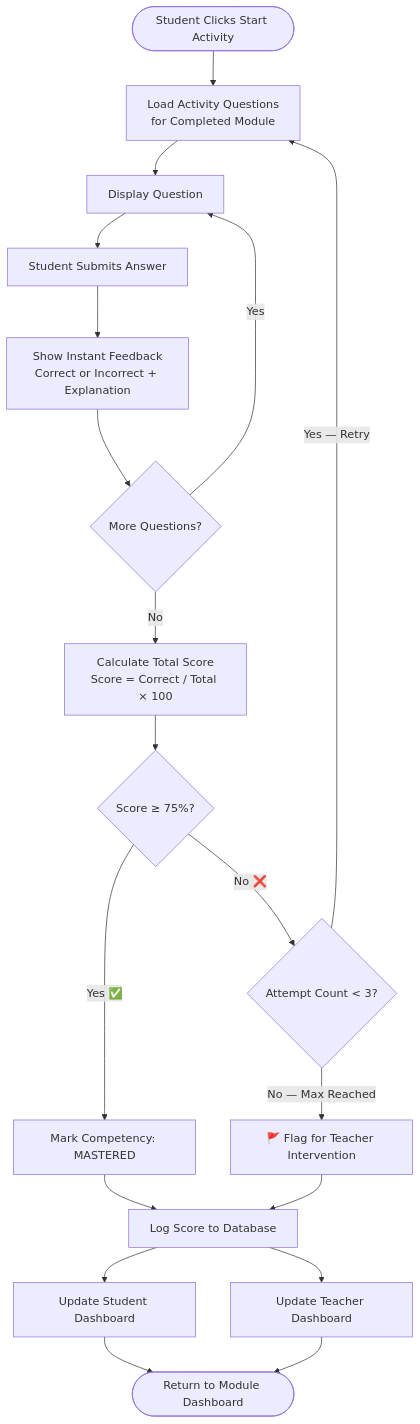
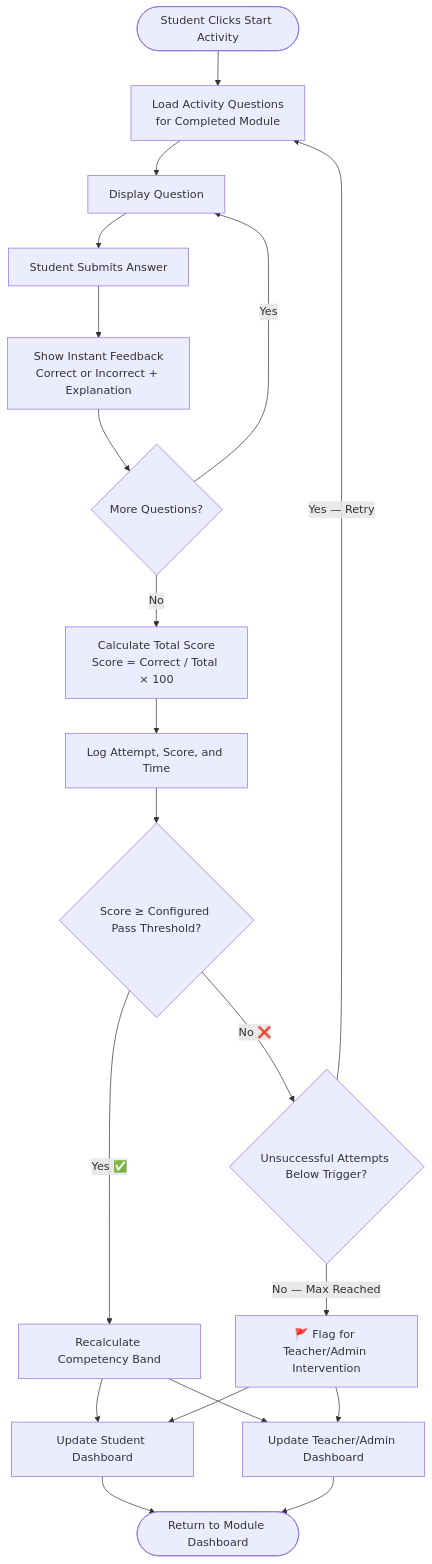
The fourth of 11 diagrams in docs/SOURCE_OF_TRUTH.md (MathSmart-Systems/MathSmart-AI-Powered-Interactice-Learning-System), drawn with Mermaid before and after one commit. The commit also changed other lines of this file and 108 other files, not shown here.

````diff
--- a/docs/SOURCE_OF_TRUTH.md
+++ b/docs/SOURCE_OF_TRUTH.md
@@ -255,20 +323,21 @@
 ```mermaid
 flowchart TD
     A([Student Clicks Start Activity]) --> B["Load Activity Questions\nfor Completed Module"]
     B --> C[Display Question]
     C --> D[Student Submits Answer]
     D --> E["Show Instant Feedback\nCorrect or Incorrect + Explanation"]
     E --> F{More Questions?}
     F -->|Yes| C
     F -->|No| G["Calculate Total Score\nScore = Correct / Total × 100"]
-    G --> H{Score ≥ 75%?}
-    H -->|Yes ✅| I["Mark Competency: MASTERED"]
-    H -->|No ❌| J{Attempt Count < 3?}
+    G --> L[Log Attempt, Score, and Time]
+    L --> H{Score ≥ Configured Pass Threshold?}
+    H -->|Yes ✅| I[Recalculate Competency Band]
+    H -->|No ❌| J{Unsuccessful Attempts Below Trigger?}
     J -->|Yes — Retry| B
-    J -->|No — Max Reached| K[🚩 Flag for Teacher Intervention]
-    I --> L[Log Score to Database]
-    K --> L
-    L --> M[Update Student Dashboard]
-    L --> N[Update Teacher Dashboard]
+    J -->|No — Max Reached| K[🚩 Flag for Teacher/Admin Intervention]
+    I --> M[Update Student Dashboard]
+    K --> M
+    I --> N[Update Teacher/Admin Dashboard]
+    K --> N
     M & N --> O([Return to Module Dashboard])
 ```
````
